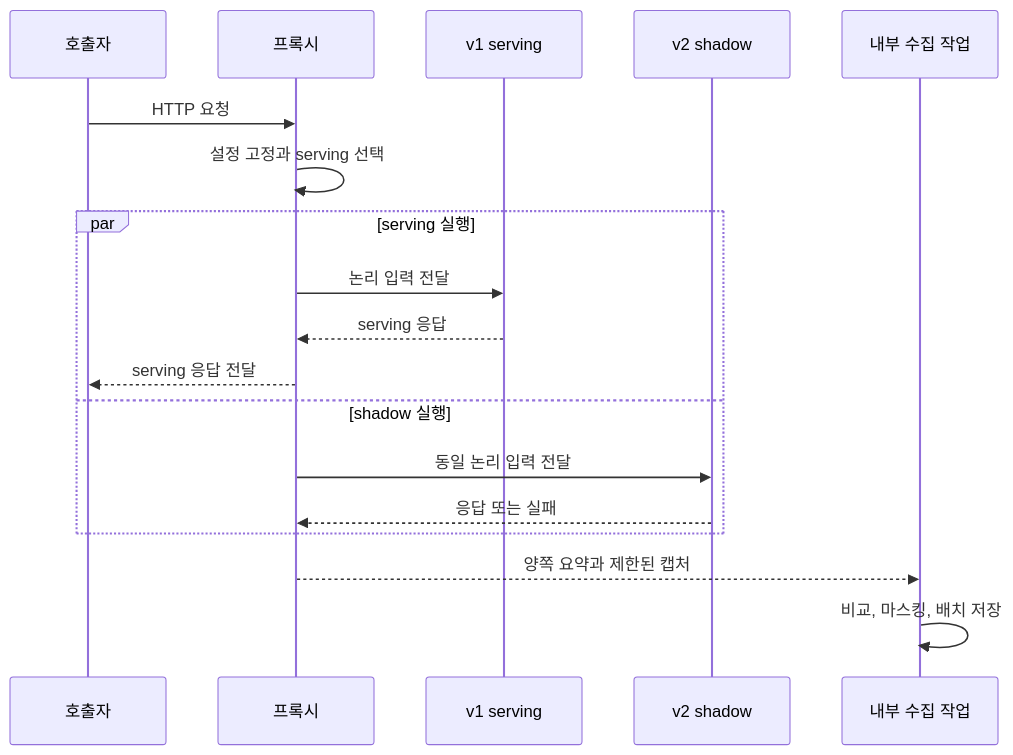
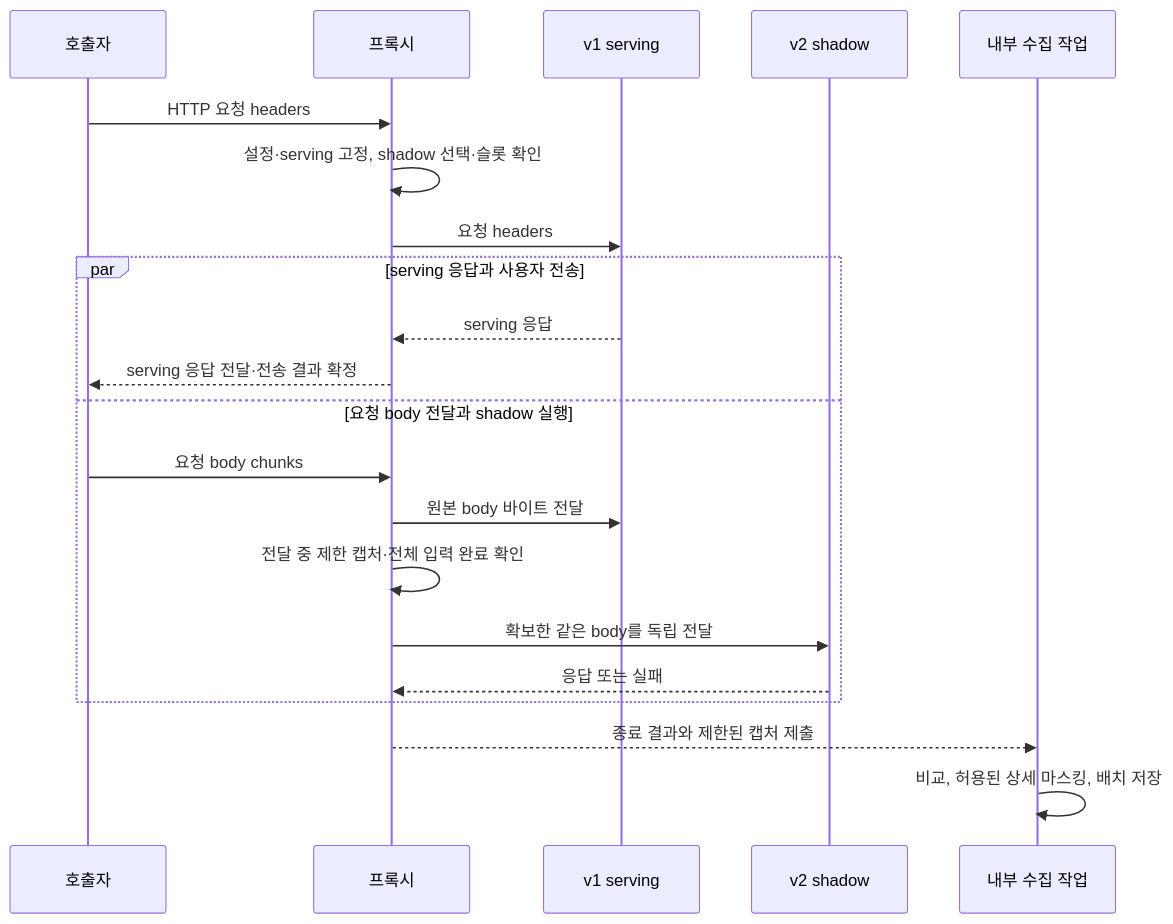
One commit to kimchanhyung98/api-migration-proxy changed the diagram in docs/shadow/parallel-execution.md. Above: the diagram before and after it, drawn with Mermaid. The commit also changed other lines of this file and 11 other files, not shown here.

````diff
--- a/docs/shadow/parallel-execution.md
+++ b/docs/shadow/parallel-execution.md
@@ -47,20 +99,23 @@
 ```mermaid
 sequenceDiagram
     participant C as 호출자
     participant P as 프록시
     participant A as v1 serving
     participant B as v2 shadow
     participant Q as 내부 수집 작업
-    C->>P: HTTP 요청
-    P->>P: 설정 고정과 serving 선택
-    par serving 실행
-        P->>A: 논리 입력 전달
+    C->>P: HTTP 요청 headers
+    P->>P: 설정·serving 고정, shadow 선택·슬롯 확인
+    P->>A: 요청 headers
+    par serving 응답과 사용자 전송
         A-->>P: serving 응답
-        P-->>C: serving 응답 전달
-    and shadow 실행
-        P->>B: 동일 논리 입력 전달
+        P-->>C: serving 응답 전달·전송 결과 확정
+    and 요청 body 전달과 shadow 실행
+        C->>P: 요청 body chunks
+        P->>A: 원본 body 바이트 전달
+        P->>P: 전달 중 제한 캡처·전체 입력 완료 확인
+        P->>B: 확보한 같은 body를 독립 전달
         B-->>P: 응답 또는 실패
     end
-    P-->>Q: 양쪽 요약과 제한된 캡처
-    Q->>Q: 비교, 마스킹, 배치 저장
+    P-->>Q: 종료 결과와 제한된 캡처 제출
+    Q->>Q: 비교, 허용된 상세 마스킹, 배치 저장
 ```
````
